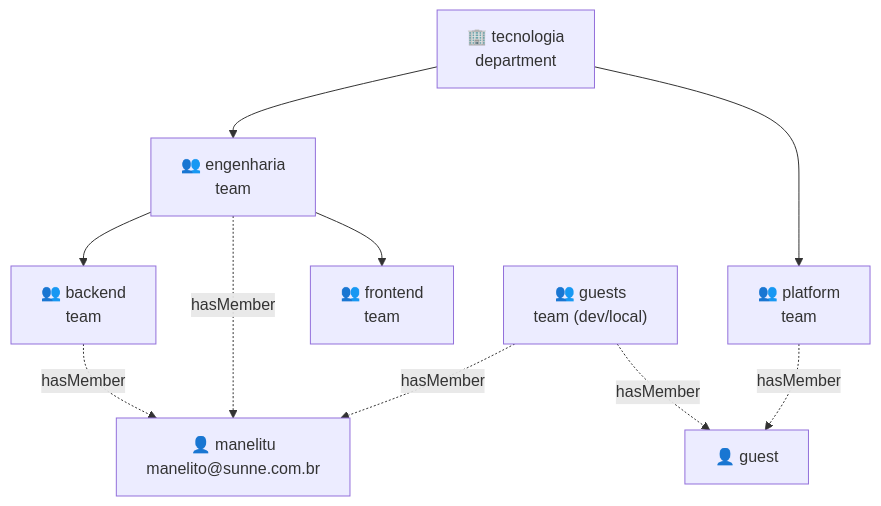
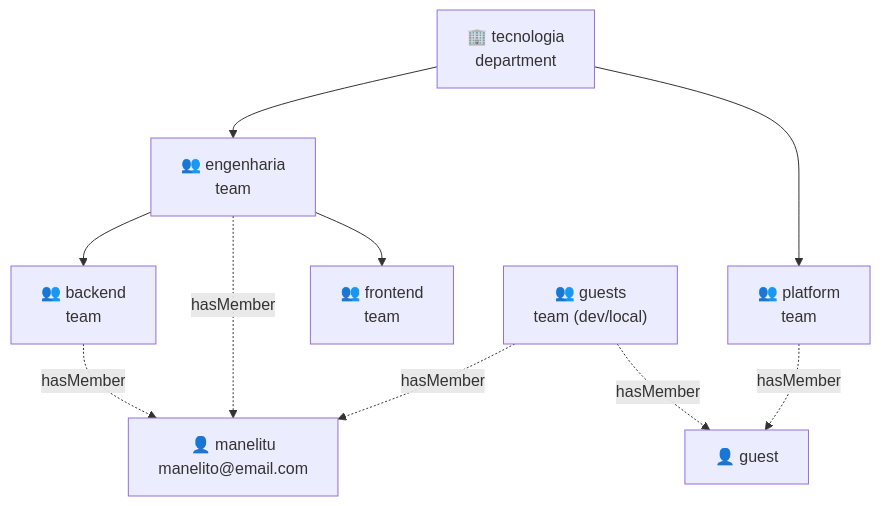
The second of 2 diagrams in docs/catalog-relations.md (Manelitu/backstage-poc), drawn with Mermaid before and after one commit. The commit also changed other lines of this file and 1 other file, not shown here.

Commit message:
fix(docs): update email addresses in catalog relations and org.yaml files

````diff
--- a/docs/catalog-relations.md
+++ b/docs/catalog-relations.md
@@ -339,22 +339,22 @@
 ```mermaid
 graph TD
     TEC["🏢 tecnologia\ndepartment"]
     ENG["👥 engenharia\nteam"]
     PLT["👥 platform\nteam"]
     BCK["👥 backend\nteam"]
     FRT["👥 frontend\nteam"]
     GST["👥 guests\nteam (dev/local)"]
-    M["👤 manelitu\nmanelito@sunne.com.br"]
+    M["👤 manelitu\nmanelito@email.com"]
     G["👤 guest"]
 
     TEC --> ENG
     TEC --> PLT
     ENG --> BCK
     ENG --> FRT
 
     BCK -.->|hasMember| M
     ENG -.->|hasMember| M
     GST -.->|hasMember| M
     GST -.->|hasMember| G
     PLT -.->|hasMember| G
 ```
````
